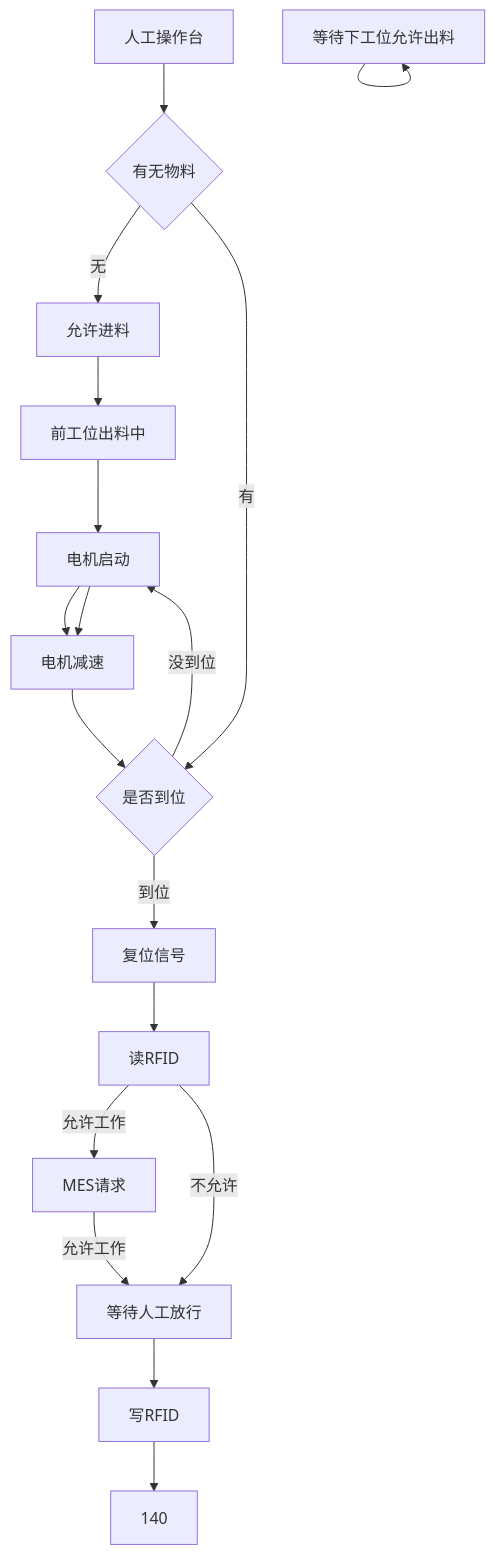
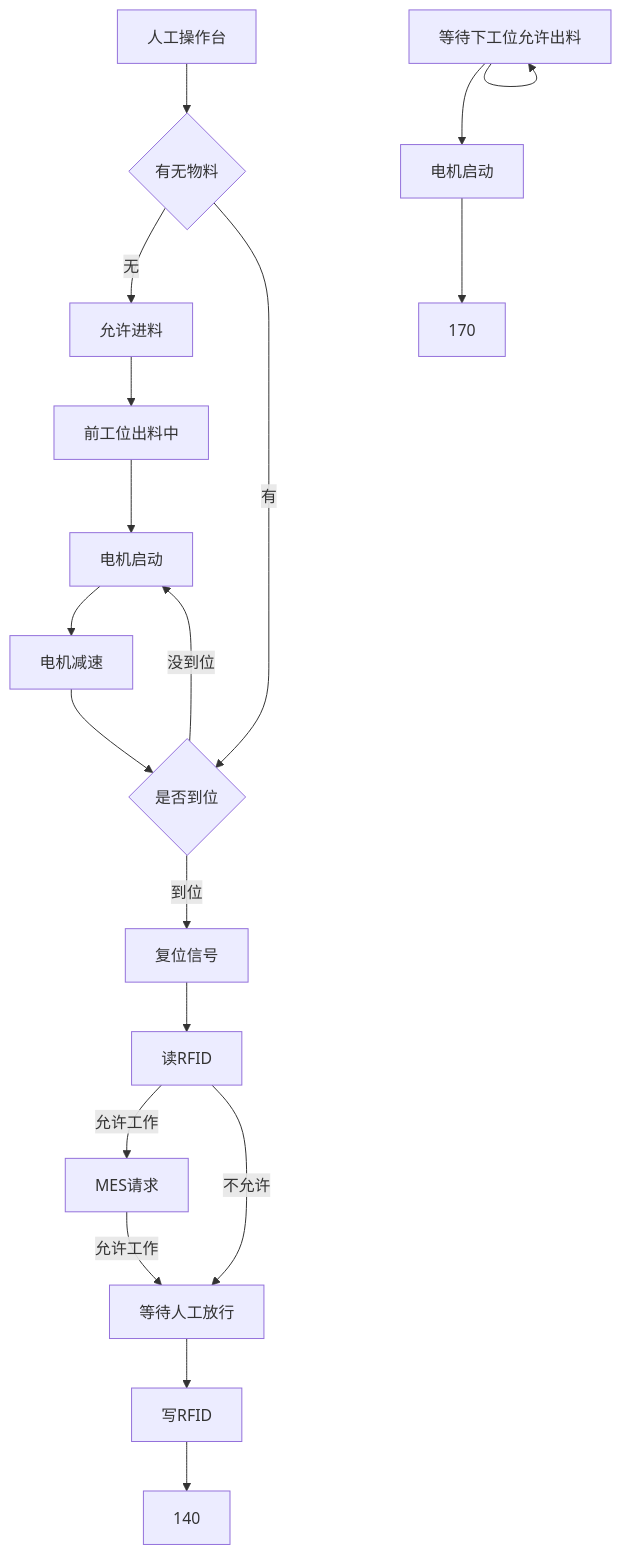
One commit to PengKun1/iodraw-files changed the diagram in all/未命名-4.md. Above: the diagram before and after it, drawn with Mermaid.

Commit message:
2024-12-20 14:54:13 update

````diff
--- a/all/未命名-4.md
+++ b/all/未命名-4.md
@@ -1,22 +1,22 @@
 ```mermaid
 graph TD
 0[人工操作台]-->10
 10{有无物料}-->|无|20
 10-->|有|60
 20[允许进料]-->30
 30[前工位出料中]-->40
 40[电机启动]-->50
 50[电机减速]-->60
 60{是否到位}-->|到位|70
 60-->|没到位|40
 70[复位信号]-->80
 80[读RFID]-->|允许工作|90
 80-->|不允许|120
 90[MES请求]-->|允许工作|120
 
 120[等待人工放行]-->130
 130[写RFID]-->140
 150[MES上传]-->150
-150[等待下工位允许出料]-->150
-40[电机启动]-->50
+150[等待下工位允许出料]-->160
+160[电机启动]-->170
 ```
````
